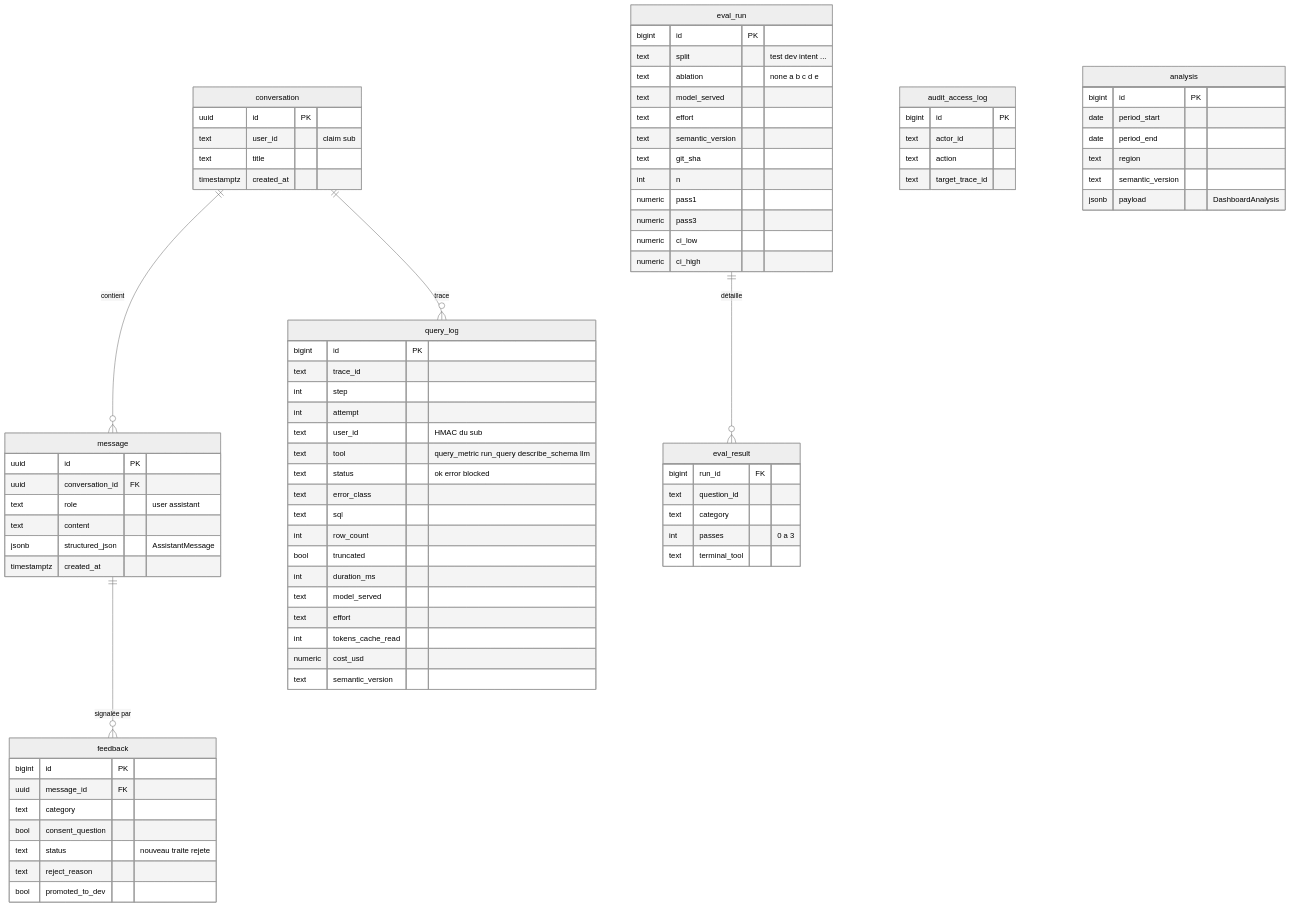
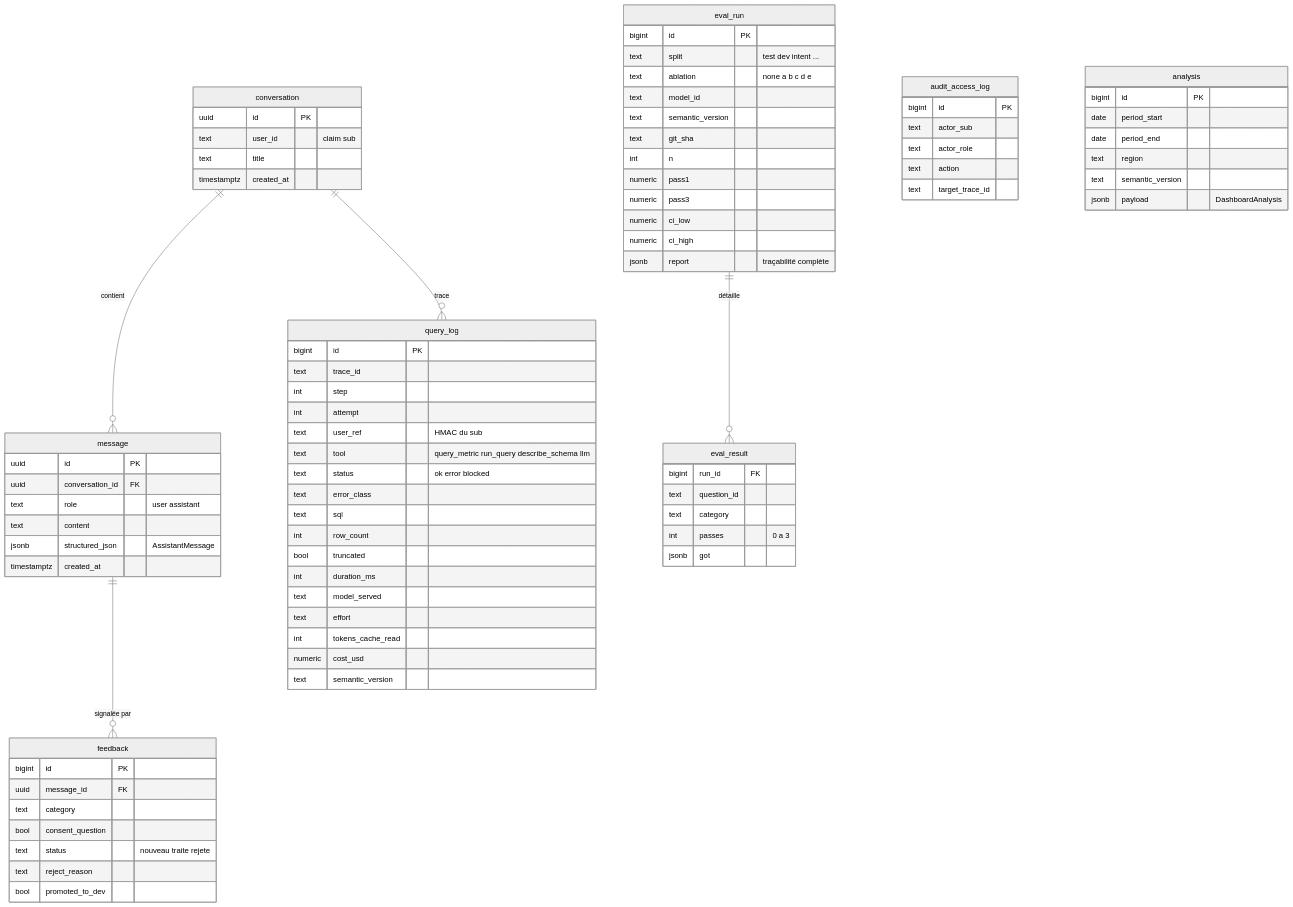
One commit to justefrank/decision-agent-IA changed the diagram in docs/diagrams/04-tables-applicatives.mmd. Above: the diagram before and after it, drawn with Mermaid (neutral theme). The commit also changed 19 other files, not shown here.

```diff
--- a/docs/diagrams/04-tables-applicatives.mmd
+++ b/docs/diagrams/04-tables-applicatives.mmd
@@ -1,82 +1,83 @@
 erDiagram
   conversation ||--o{ message : contient
   message ||--o{ feedback : "signalée par"
   conversation ||--o{ query_log : trace
   eval_run ||--o{ eval_result : détaille
   conversation {
     uuid id PK
     text user_id "claim sub"
     text title
     timestamptz created_at
   }
   message {
     uuid id PK
     uuid conversation_id FK
     text role "user assistant"
     text content
     jsonb structured_json "AssistantMessage"
     timestamptz created_at
   }
   query_log {
     bigint id PK
     text trace_id
     int step
     int attempt
-    text user_id "HMAC du sub"
+    text user_ref "HMAC du sub"
     text tool "query_metric run_query describe_schema llm"
     text status "ok error blocked"
     text error_class
     text sql
     int row_count
     bool truncated
     int duration_ms
     text model_served
     text effort
     int tokens_cache_read
     numeric cost_usd
     text semantic_version
   }
   feedback {
     bigint id PK
     uuid message_id FK
     text category
     bool consent_question
     text status "nouveau traite rejete"
     text reject_reason
     bool promoted_to_dev
   }
   eval_run {
     bigint id PK
     text split "test dev intent ..."
     text ablation "none a b c d e"
-    text model_served
-    text effort
+    text model_id
     text semantic_version
     text git_sha
     int n
     numeric pass1
     numeric pass3
     numeric ci_low
     numeric ci_high
+    jsonb report "traçabilité complète"
   }
   eval_result {
     bigint run_id FK
     text question_id
     text category
     int passes "0 a 3"
-    text terminal_tool
+    jsonb got
   }
   audit_access_log {
     bigint id PK
-    text actor_id
+    text actor_sub
+    text actor_role
     text action
     text target_trace_id
   }
   analysis {
     bigint id PK
     date period_start
     date period_end
     text region
     text semantic_version
     jsonb payload "DashboardAnalysis"
   }
```
